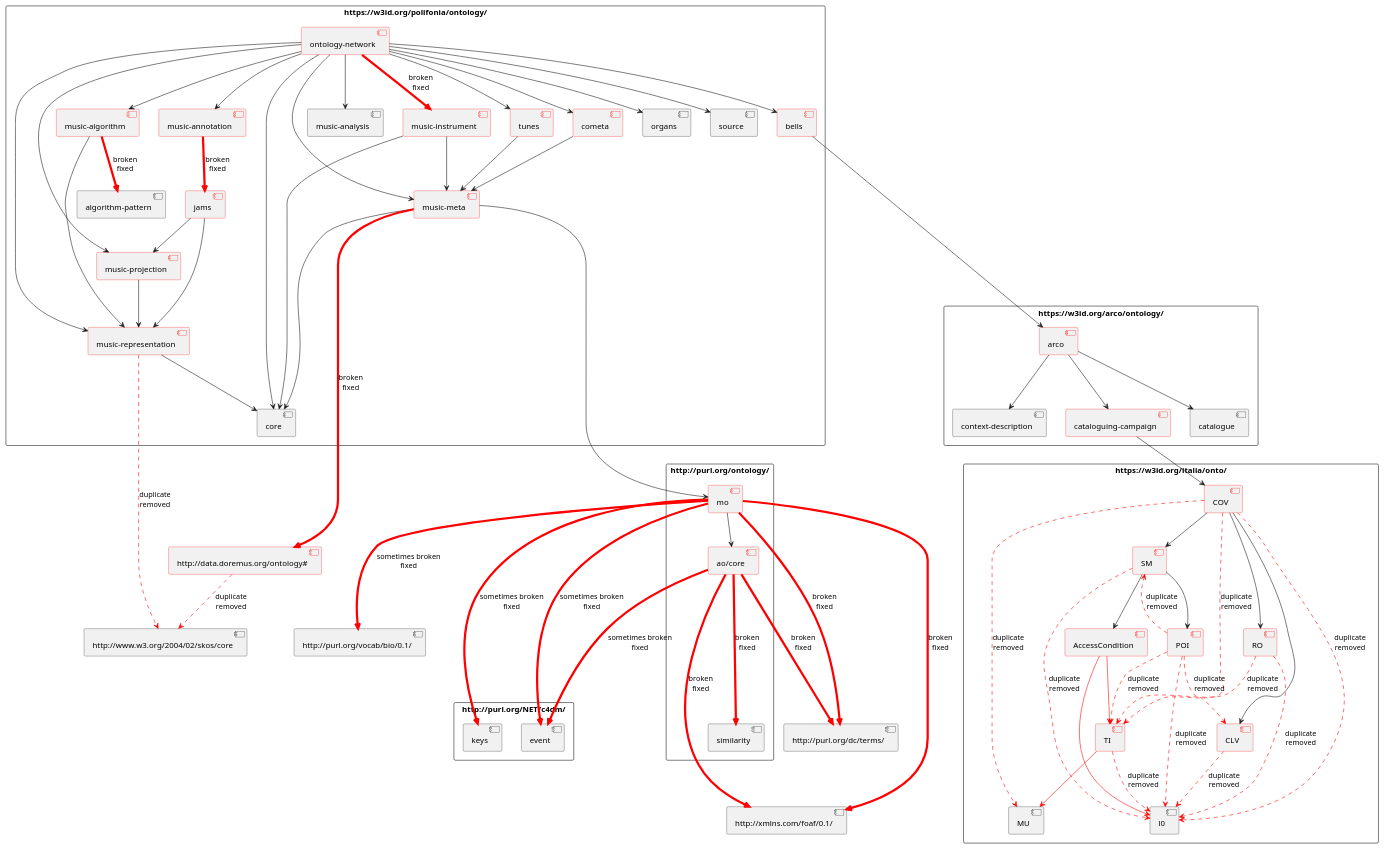
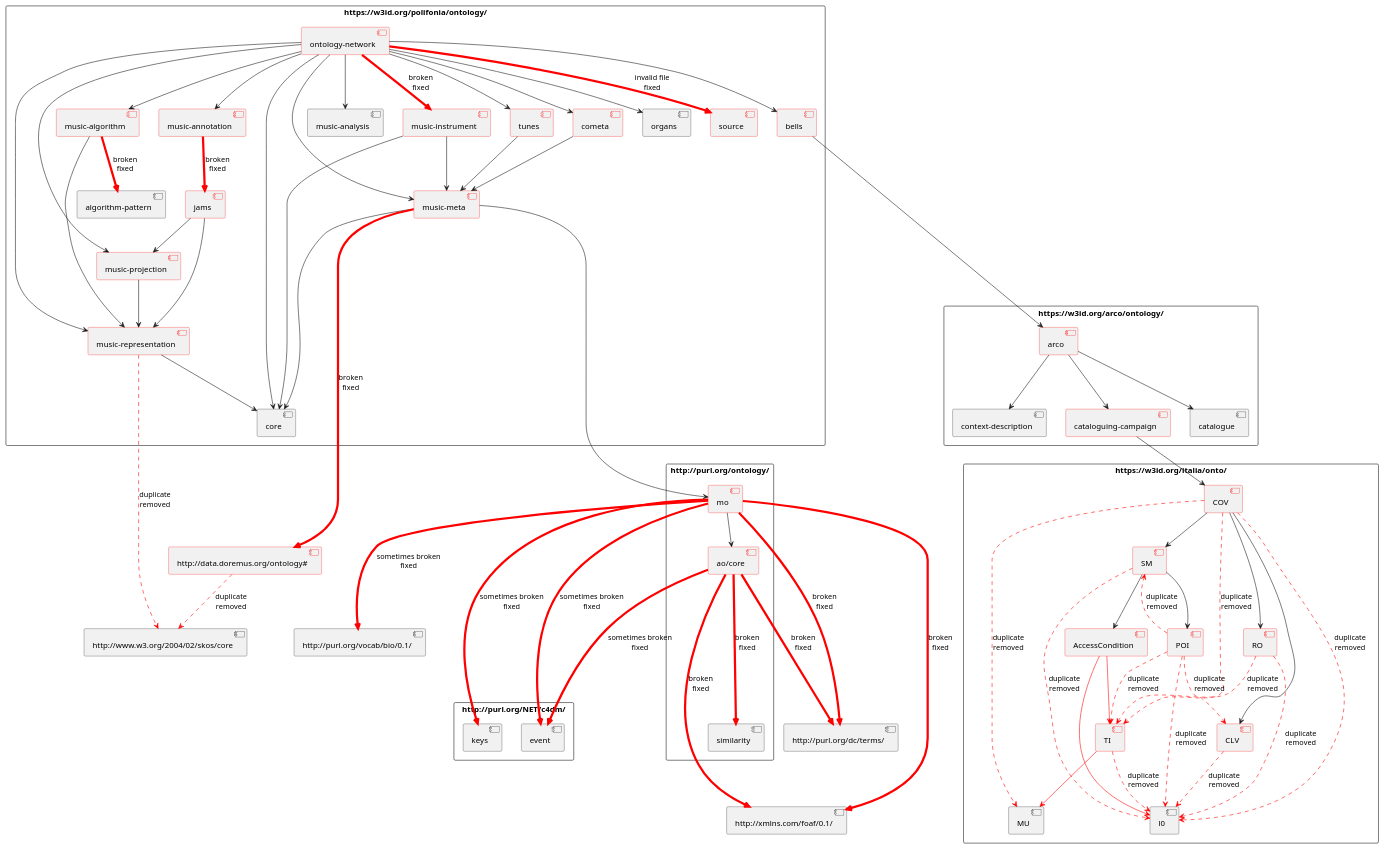
Before and after one commit to Danysan1/unibo-ke-matching-ontologies: the diagram in polifonia/owl-imports-graph.plantuml, drawn with PlantUML. The commit also changed 3 other files, not shown here.

```diff
--- a/polifonia/owl-imports-graph.plantuml
+++ b/polifonia/owl-imports-graph.plantuml
@@ -1,132 +1,132 @@
 @startuml owl-imports-graph
 
 rectangle "https://w3id.org/polifonia/ontology/" {
     [ontology-network] as network #line:red
     [bells] #line:red
     [cometa] #line:red
     [core]
     [music-instrument] as instrument #line:red
     [music-algorithm] as algorithm #line:red
     [music-annotation] as annotation #line:red
     [music-analysis] as analysis
     [music-meta] as meta #line:red
     [music-projection] as projection #line:red
     [music-representation] as representation #line:red
     [organs]
-    [source]
+    [source] #line:red
     [tunes] #line:red
     [jams] #line:red
     [algorithm-pattern] as pattern
 
     network --> bells
     network --> cometa
     network --> core
     network -[#red,thickness=4]-> instrument: broken\nfixed
     network --> algorithm
     network --> analysis
     network --> annotation
     network --> meta
     network --> projection
     network --> representation
     network --> organs
-    network --> source
+    network -[#red,thickness=4]-> source: invalid file\nfixed
     network --> tunes
     jams --> projection
     jams --> representation
     meta --> core
     representation --> core
     algorithm --> representation
     projection --> representation
     instrument --> meta
     instrument --> core
     tunes --> meta
     cometa --> meta
 
     annotation -[#red,thickness=4]-> jams: broken\nfixed
     algorithm -[#red,thickness=4]-> pattern: broken\nfixed
 }
 
 rectangle "http://purl.org/ontology/" {
     [mo] #line:red
     [ao/core] as ao_core #line:red
     [similarity] as musim
 
     mo --> ao_core
 }
 
 rectangle "https://w3id.org/arco/ontology/" {
     [arco] #line:red
     [cataloguing-campaign] as campaign #line:red
     [catalogue]
     [context-description] as description
 
     arco --> catalogue
     arco --> campaign
     arco --> description
 }
 
 rectangle "https://w3id.org/italia/onto/" {
     [AccessCondition] #line:red
     [CLV] #line:red
     [COV] #line:red
     [MU]
     [RO] #line:red
     [SM] #line:red
     [TI] #line:red
     [l0]
     [POI] #line:red
 
     AccessCondition -[#red]-> l0
     AccessCondition -[#red]-> TI
     TI -[#red,dashed]-> l0 : duplicate\nremoved
     TI -[#red]-> MU
     COV --> CLV
     COV -[#red,dashed]-> MU: duplicate\nremoved
     COV --> RO
     COV --> SM
     COV -[#red,dashed]-> TI: duplicate\nremoved
     COV -[#red,dashed]-> l0: duplicate\nremoved
     CLV -[#red,dashed]-> l0: duplicate\nremoved
     SM --> AccessCondition
     SM --> POI
     SM -[#red,dashed]-> l0: duplicate\nremoved
     POI -[#red,dashed]-> CLV: duplicate\nremoved
     POI -[#red,dashed]-> SM: duplicate\nremoved
     POI -[#red,dashed]-> l0: duplicate\nremoved
     POI -[#red,dashed]-> TI: duplicate\nremoved
     RO -[#red,dashed]-> l0: duplicate\nremoved
     RO -[#red,dashed]-> TI: duplicate\nremoved
 }
 
 rectangle "http://purl.org/NET/c4dm/" {
     [event]
     [keys]
 }
 
 [http://xmlns.com/foaf/0.1/] as foaf
 [http://purl.org/dc/terms/] as terms
 [http://data.doremus.org/ontology#] as doremus #line:red
 [http://www.w3.org/2004/02/skos/core] as skos
 [http://purl.org/vocab/bio/0.1/] as bio
 
 meta -[#red,thickness=4]-----> doremus: broken\nfixed
 
 ao_core -[#red,thickness=4]--> musim: broken\nfixed
 ao_core -[#red,thickness=4]--> terms: broken\nfixed
 mo -[#red,thickness=4]--> terms: broken\nfixed
 mo -[#red,thickness=4]--> foaf: broken\nfixed
 ao_core -[#red,thickness=4]---> foaf: broken\nfixed
 
 meta -----> mo
 bells ----> arco
 campaign --> COV
 
 ao_core -[#red,thickness=4]--> event: sometimes broken\nfixed
 mo -[#red,thickness=4]--> event: sometimes broken\nfixed
 mo -[#red,thickness=4]--> keys: sometimes broken\nfixed
 mo -[#red,thickness=4]--> bio: sometimes broken\nfixed
 
 doremus -[#red,dashed]-> skos: duplicate\nremoved
 representation -[#red,dashed]-> skos: duplicate\nremoved
 
 @enduml
```
